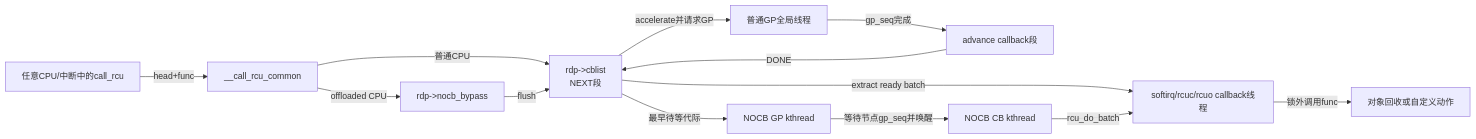
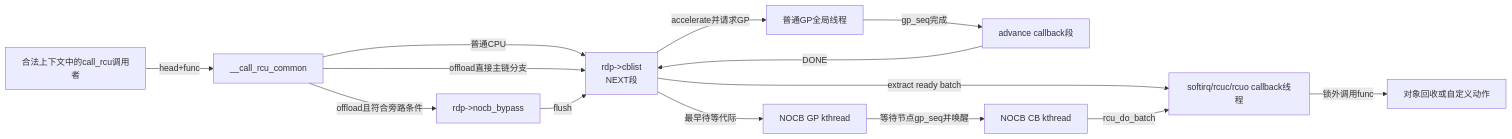
One commit to FormingSystem/linux_note changed the first of 2 diagrams in research/source_reading/rcu/navigation/P07_Linux_6.12_Tree_RCU_回调与NOCB模块源码概念导读.md. Above: the diagram before and after it, drawn with Mermaid. The commit also changed other lines of this file and 1 other file, not shown here.

First line of the commit message:
docs(rcu/source): 修正NOCB等待地址与回调计数边界

````diff
--- a/research/source_reading/rcu/navigation/P07_Linux_6.12_Tree_RCU_回调与NOCB模块源码概念导读.md
+++ b/research/source_reading/rcu/navigation/P07_Linux_6.12_Tree_RCU_回调与NOCB模块源码概念导读.md
@@ -55,15 +61,16 @@
 ```mermaid
 flowchart LR
-    PROD["任意CPU/中断中的call_rcu"] -->|"head+func"| COMMON["__call_rcu_common"]
+    PROD["合法上下文中的call_rcu调用者"] -->|"head+func"| COMMON["__call_rcu_common"]
     COMMON -->|"普通CPU"| CBL["rdp->cblist<br/>NEXT段"]
-    COMMON -->|"offloaded CPU"| BYP["rdp->nocb_bypass"]
+    COMMON -->|"offload且符合旁路条件"| BYP["rdp->nocb_bypass"]
+    COMMON -->|"offload直接主链分支"| CBL
     BYP -->|"flush"| CBL
     CBL -->|"accelerate并请求GP"| GP["普通GP全局线程"]
     GP -->|"gp_seq完成"| ADV["advance callback段"]
     ADV -->|"DONE"| CBL
     CBL -->|"extract ready batch"| EXEC["softirq/rcuc/rcuo callback线程"]
     EXEC -->|"锁外调用func"| FREE["对象回收或自定义动作"]
     CBL -->|"最早待等代际"| NGP["NOCB GP kthread"]
     NGP -->|"等待节点gp_seq并唤醒"| NCB["NOCB CB kthread"]
     NCB -->|"rcu_do_batch"| EXEC
 ```
````
